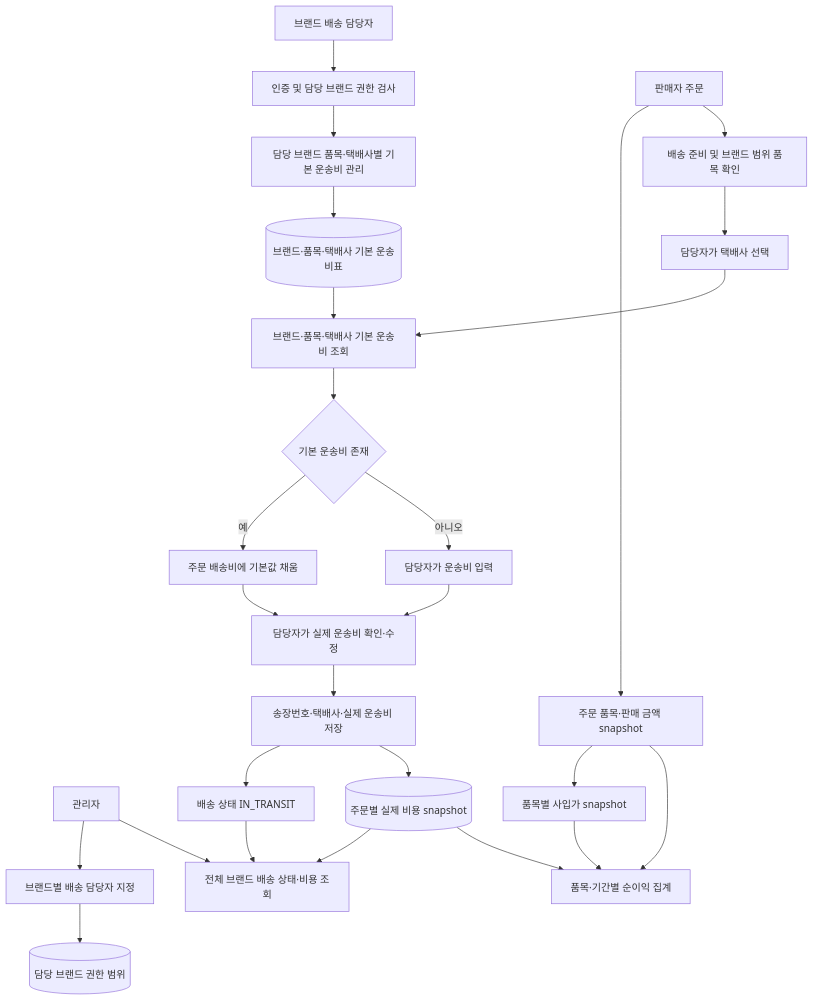
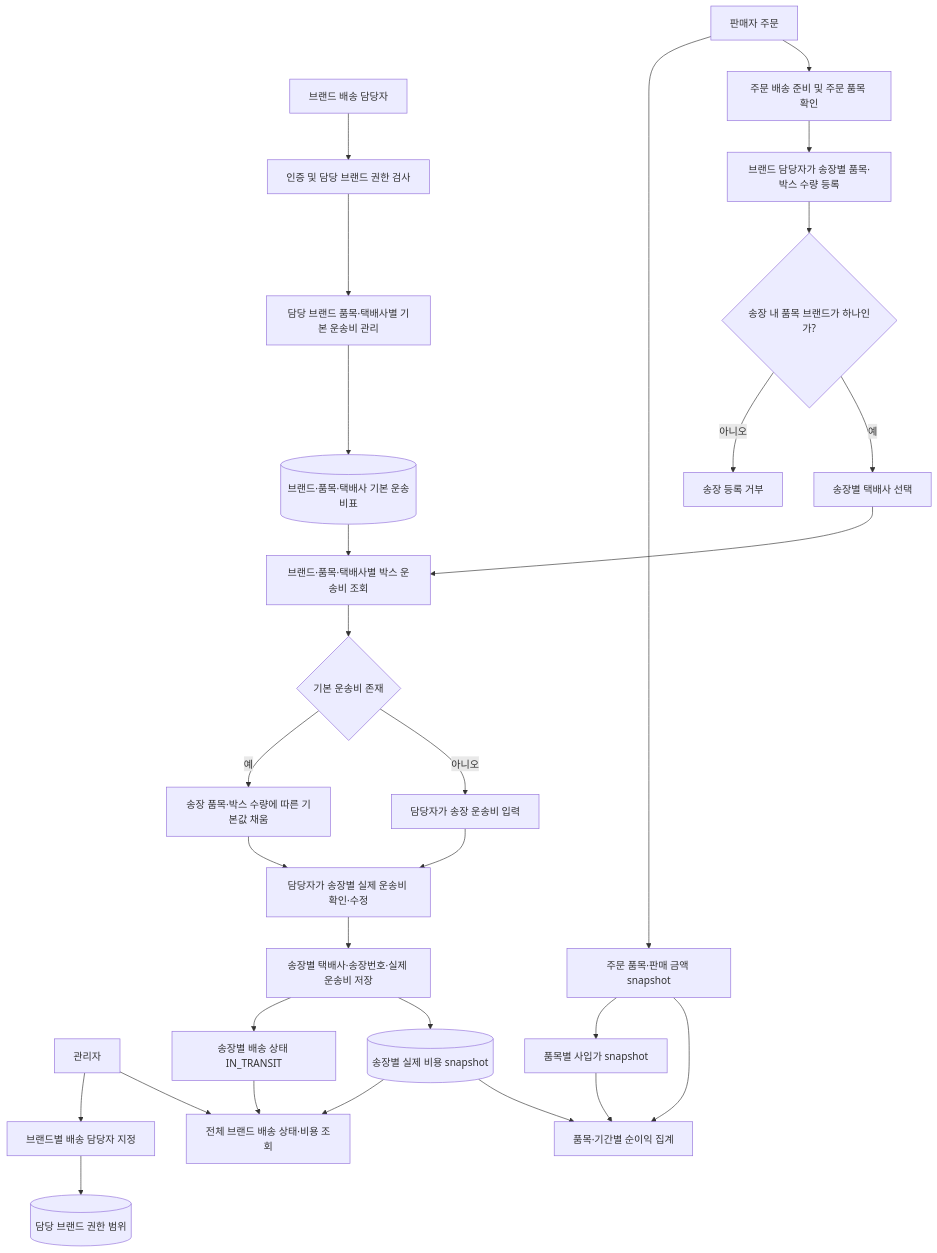
One commit to DongHyeonEom/umji-market-api changed the fifth of 5 diagrams in docs/services/order.md. Above: the diagram before and after it, drawn with Mermaid. The commit also changed other lines of this file and 46 other files, not shown here.

````diff
--- a/docs/services/order.md
+++ b/docs/services/order.md
@@ -322,28 +326,31 @@
 ```mermaid
 flowchart TD
     ADMIN[관리자] --> ASSIGN[브랜드별 배송 담당자 지정]
     ASSIGN --> SCOPE[(담당 브랜드 권한 범위)]
     MANAGER[브랜드 배송 담당자] --> AUTH[인증 및 담당 브랜드 권한 검사]
     AUTH --> CONFIG[담당 브랜드 품목·택배사별 기본 운송비 관리]
     CONFIG --> MATRIX[(브랜드·품목·택배사 기본 운송비표)]
     ORDER[판매자 주문] --> ITEMS[주문 품목·판매 금액 snapshot]
     ITEMS --> COST[품목별 사입가 snapshot]
-    ORDER --> SHIPREADY[배송 준비 및 브랜드 범위 품목 확인]
-    SHIPREADY --> PICK[담당자가 택배사 선택]
-    PICK --> LOOKUP[브랜드·품목·택배사 기본 운송비 조회]
+    ORDER --> SHIPREADY[주문 배송 준비 및 주문 품목 확인]
+    SHIPREADY --> BOX[브랜드 담당자가 송장별 품목·박스 수량 등록]
+    BOX --> ONEBRAND{송장 내 품목 브랜드가 하나인가?}
+    ONEBRAND -->|아니오| REJECT[송장 등록 거부]
+    ONEBRAND -->|예| PICK[송장별 택배사 선택]
+    PICK --> LOOKUP[브랜드·품목·택배사별 박스 운송비 조회]
     MATRIX --> LOOKUP
     LOOKUP --> FOUND{기본 운송비 존재}
-    FOUND -->|예| PREFILL[주문 배송비에 기본값 채움]
-    FOUND -->|아니오| INPUT[담당자가 운송비 입력]
-    PREFILL --> REVIEW[담당자가 실제 운송비 확인·수정]
+    FOUND -->|예| PREFILL[송장 품목·박스 수량에 따른 기본값 채움]
+    FOUND -->|아니오| INPUT[담당자가 송장 운송비 입력]
+    PREFILL --> REVIEW[담당자가 송장별 실제 운송비 확인·수정]
     INPUT --> REVIEW
-    REVIEW --> TRACK[송장번호·택배사·실제 운송비 저장]
-    TRACK --> STATUS[배송 상태 IN_TRANSIT]
-    TRACK --> SNAP[(주문별 실제 비용 snapshot)]
+    REVIEW --> TRACK[송장별 택배사·송장번호·실제 운송비 저장]
+    TRACK --> STATUS[송장별 배송 상태 IN_TRANSIT]
+    TRACK --> SNAP[(송장별 실제 비용 snapshot)]
     ADMIN --> ALL[전체 브랜드 배송 상태·비용 조회]
     STATUS --> ALL
     SNAP --> ALL
     COST --> PROFIT[품목·기간별 순이익 집계]
     ITEMS --> PROFIT
     SNAP --> PROFIT
 ```
````
